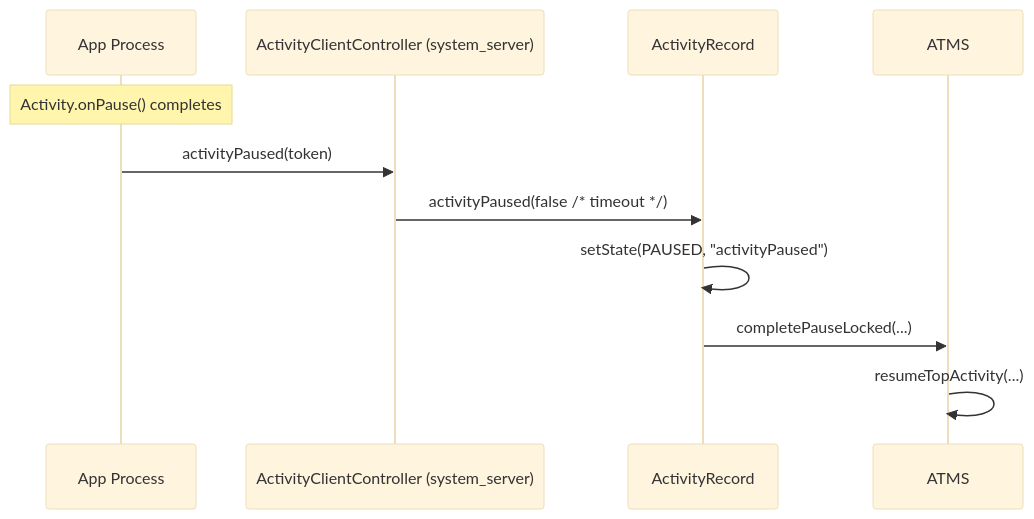
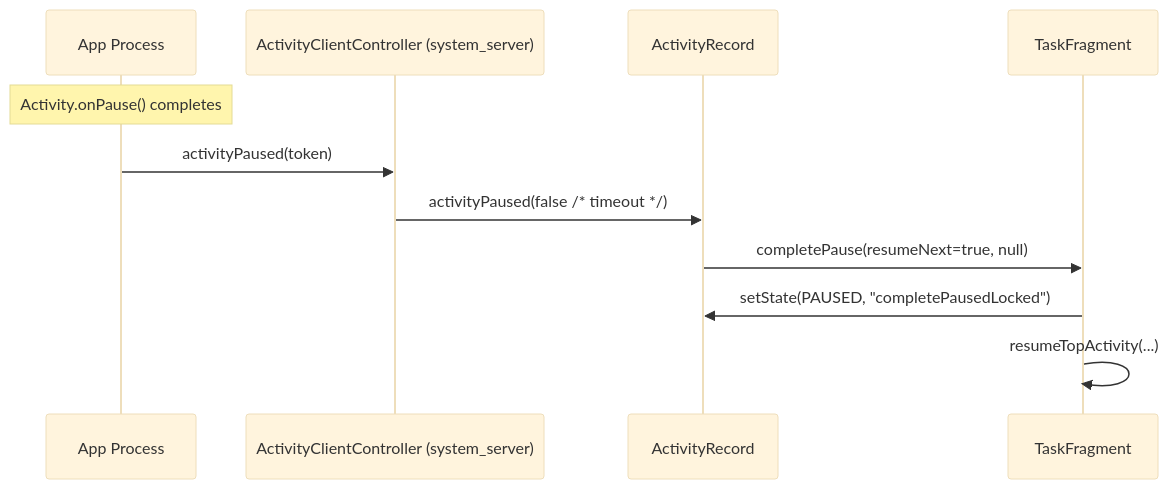
Before and after one commit to aospbooks/aosp-internal-book: diagram 37 of 41 in agents/claude/skills/aosp-framework-core/22-activity-and-window.md, drawn with Mermaid (base theme). The commit also changed other lines of this file and 218 other files, not shown here.

````diff
--- a/agents/claude/skills/aosp-framework-core/22-activity-and-window.md
+++ b/agents/claude/skills/aosp-framework-core/22-activity-and-window.md
@@ -3334,14 +3368,14 @@
 ```mermaid
 sequenceDiagram
     participant App as App Process
     participant ACC as ActivityClientController (system_server)
     participant AR as ActivityRecord
-    participant ATMS
+    participant TF as TaskFragment
 
     Note over App: Activity.onPause() completes
     App->>ACC: activityPaused(token)
     ACC->>AR: activityPaused(false /* timeout */)
-    AR->>AR: setState(PAUSED, "activityPaused")
-    AR->>ATMS: completePauseLocked(...)
-    ATMS->>ATMS: resumeTopActivity(...)
+    AR->>TF: completePause(resumeNext=true, null)
+    TF->>AR: setState(PAUSED, "completePausedLocked")
+    TF->>TF: resumeTopActivity(...)
 ```
````
